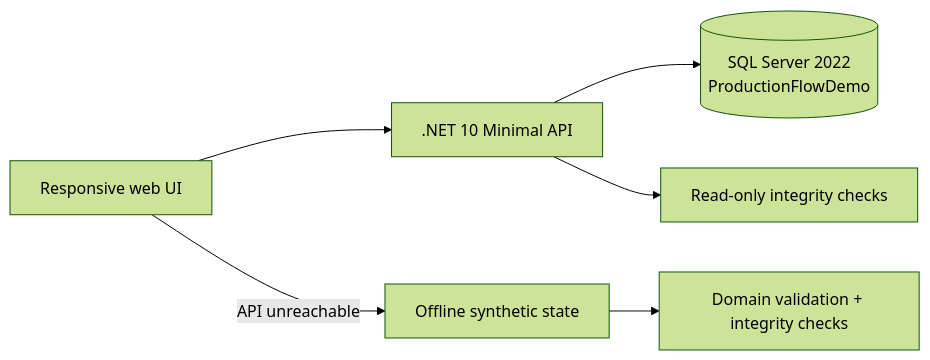
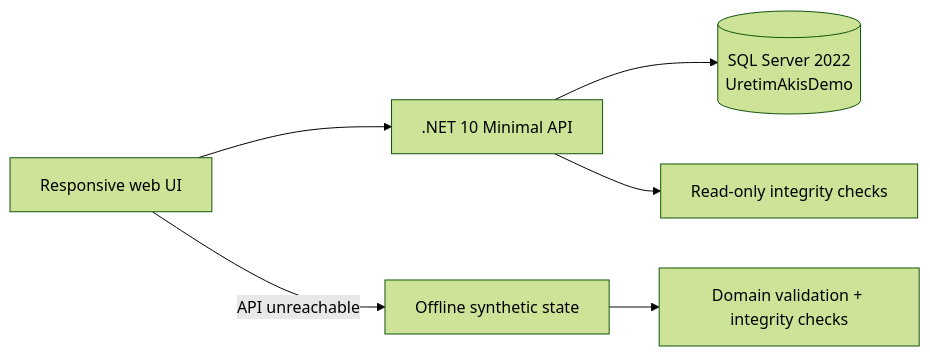
One commit to rhodeskannagi/ProductionFlow-Manager changed the diagram in docs/ARCHITECTURE.md. Above: the diagram before and after it, drawn with Mermaid (forest theme). The commit also changed 4 other files, not shown here.

Commit message:
Document Turkish schema, manufacturing relationships and migration

````diff
--- a/docs/ARCHITECTURE.md
+++ b/docs/ARCHITECTURE.md
@@ -3,8 +3,8 @@
 ```mermaid
 flowchart LR
   UI[Responsive web UI] --> API[.NET 10 Minimal API]
-  API --> DB[(SQL Server 2022<br/>ProductionFlowDemo)]
+  API --> DB[(SQL Server 2022<br/>UretimAkisDemo)]
   API --> R[Read-only integrity checks]
   UI -->|API unreachable| D[Offline synthetic state]
   D --> C[Domain validation + integrity checks]
 ```
````
